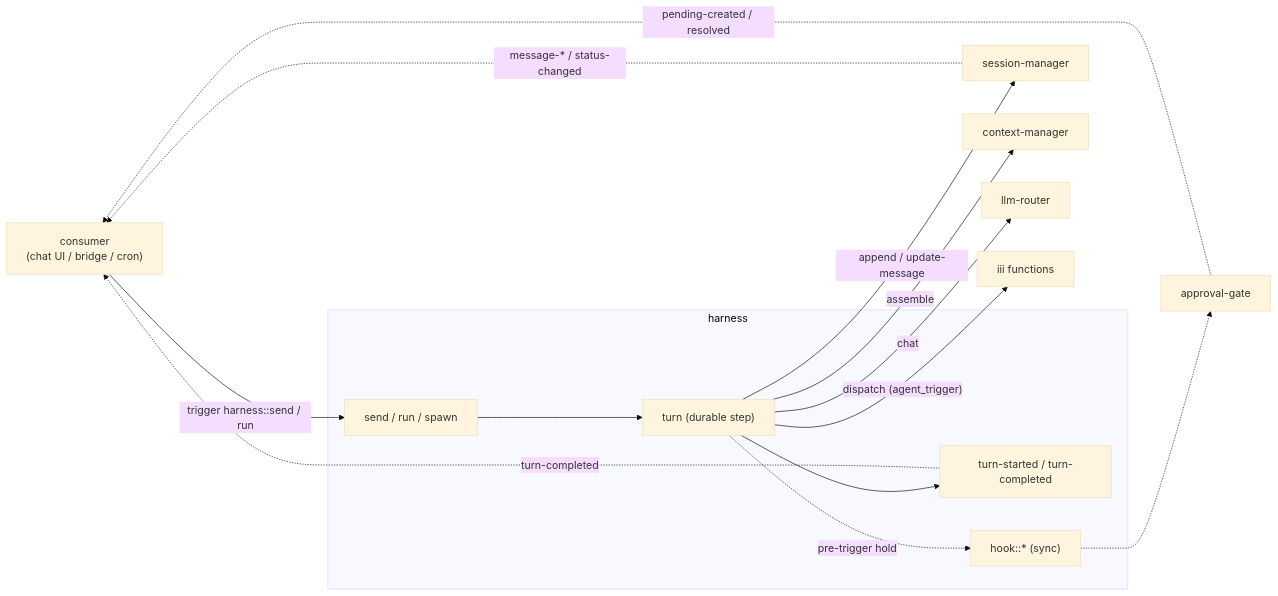
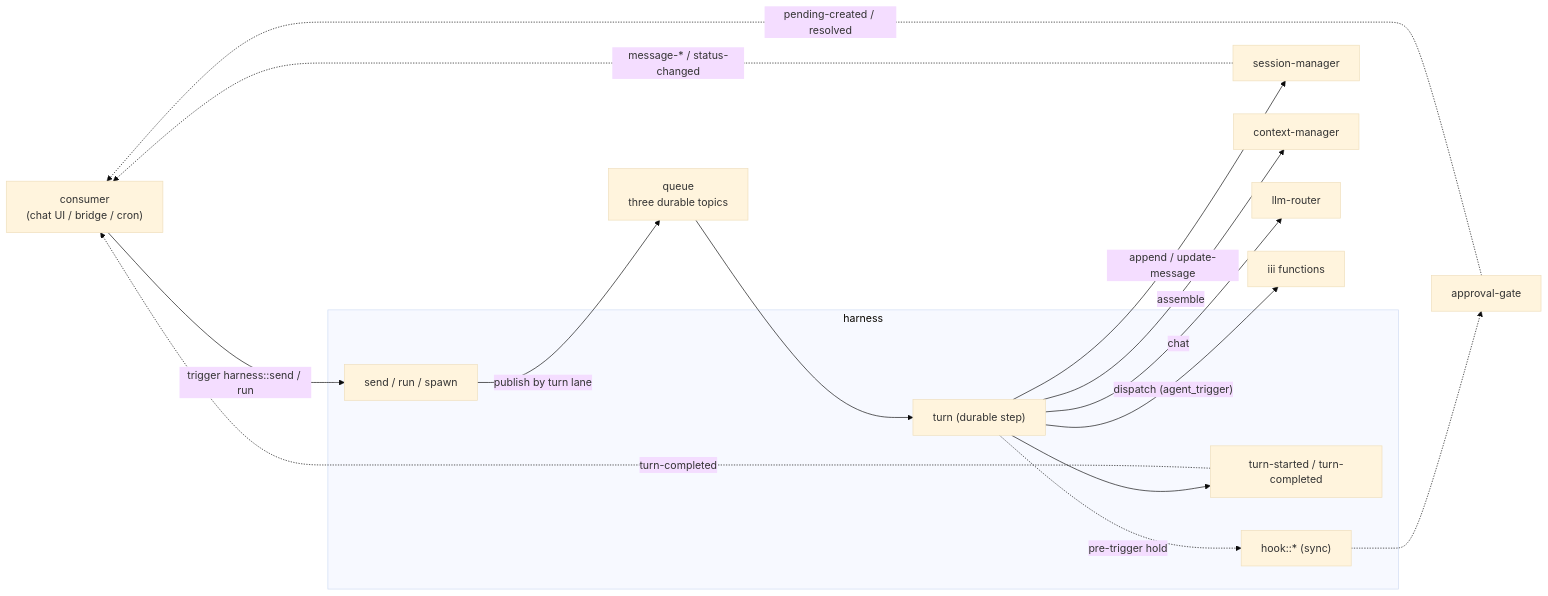
Before and after one commit to iii-hq/workers: the diagram in harness/architecture/README.md, drawn with Mermaid (base theme). The commit also changed other lines of this file and 32 other files, not shown here.

Commit message:
feat(harness,queue): provision durable execution lanes

````diff
--- a/harness/architecture/README.md
+++ b/harness/architecture/README.md
@@ -39,28 +42,30 @@
 ```mermaid
 flowchart LR
   consumer["consumer<br/>(chat UI / bridge / cron)"]
   subgraph harness [harness]
     entry["send / run / spawn"]
     loopStep["turn (durable step)"]
     events["turn-started / turn-completed"]
     hooks["hook::* (sync)"]
   end
   session["session-manager"]
   ctx["context-manager"]
   router["llm-router"]
+  queue["queue<br/>three durable topics"]
   gate["approval-gate"]
   fns["iii functions"]
 
   consumer -->|"trigger harness::send / run"| entry
-  entry --> loopStep
+  entry -->|"publish by turn lane"| queue
+  queue --> loopStep
   loopStep -->|"append / update-message"| session
   loopStep -->|"assemble"| ctx
   loopStep -->|"chat"| router
   loopStep -->|"dispatch (agent_trigger)"| fns
   loopStep --> events
   loopStep -.->|"pre-trigger hold"| hooks
   hooks -.-> gate
   session -.->|"message-* / status-changed"| consumer
   events -.->|"turn-completed"| consumer
   gate -.->|"pending-created / resolved"| consumer
 ```
````
